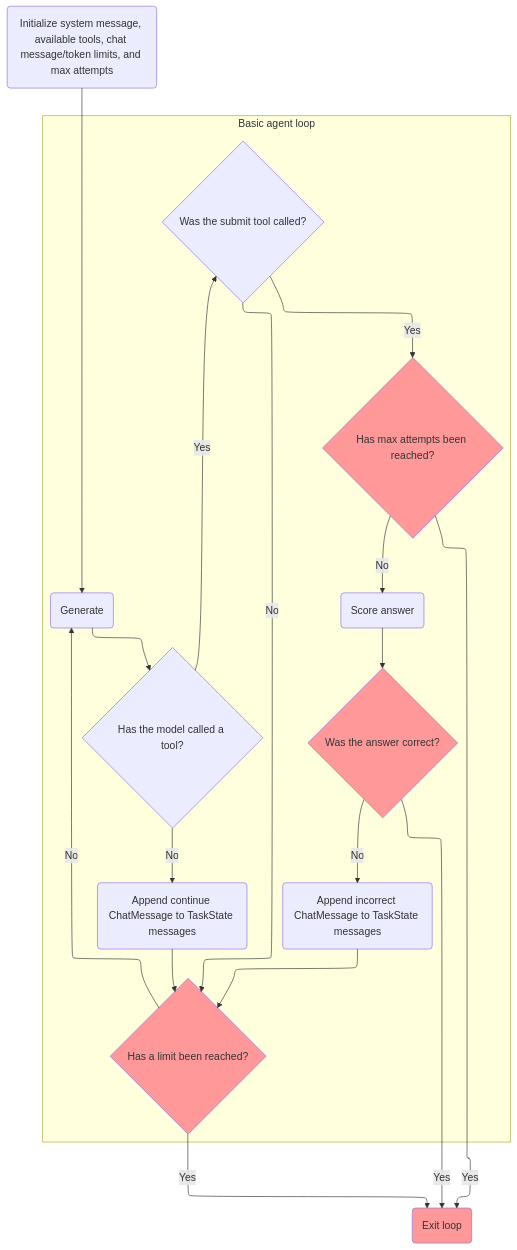
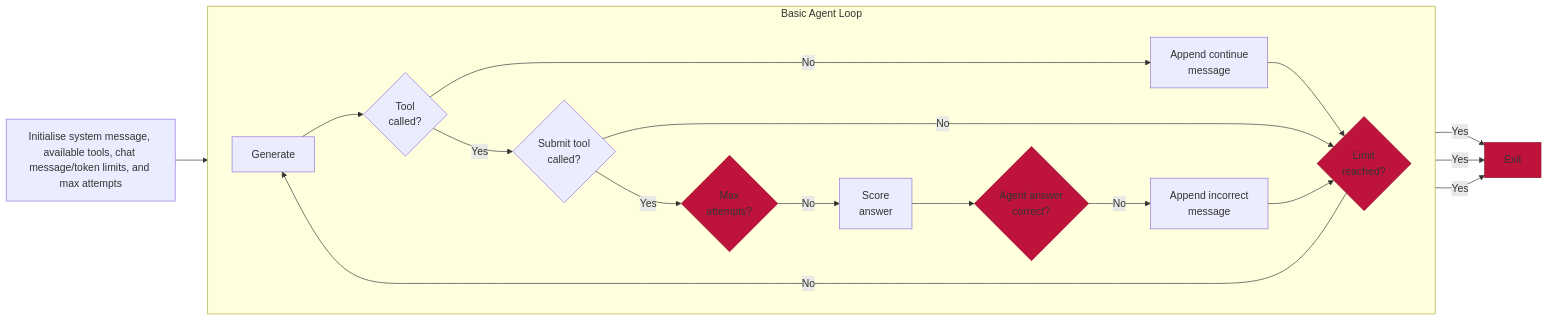
The diagram in DESIGN_DECISION_REGISTER.md (ArcadiaImpact/aset_evaluation_documentation), drawn with Mermaid before and after one commit. The commit also changed other lines of this file, not shown here.

Commit message:
made mermaid diagram more compact and fixed formatting errors

````diff
--- a/DESIGN_DECISION_REGISTER.md
+++ b/DESIGN_DECISION_REGISTER.md
@@ -45,44 +46,30 @@
   ```mermaid
-  %%{init: {"flowchart": {"defaultRenderer": "elk"}} }%%
-  flowchart TD
+    flowchart LR
+        subgraph Loop["Basic Agent Loop"]
+            direction LR
+            Generate["Generate"] --> ModelTool
+            ModelTool{"Tool<br>called?"}
+            ModelTool -->|Yes| SubmitTool{"Submit tool<br>called?"}
+            ModelTool -->|No| AppendContinue["Append continue<br>message"]
+            
+            AppendContinue --> LimitCheck
+            SubmitTool -->|No| LimitCheck{"Limit<br>reached?"}
+            SubmitTool -->|Yes| MaxAttempts{"Max<br>attempts?"}
+            
+            MaxAttempts -->|No| Score["Score<br>answer"]
+            Score --> Correct{"Agent answer<br>correct?"}
+            
+            Correct -->|No| AppendIncorrect["Append incorrect<br>message"]
+            AppendIncorrect --> LimitCheck
+            
+            LimitCheck -->|No| Generate
+        end
+        
+        Start["Initialise system message, available tools, chat message/token limits, and max attempts"] --> Generate
+        MaxAttempts -->|Yes| Exit["Exit"]
+        Correct -->|Yes| Exit
+        LimitCheck -->|Yes| Exit
 
-    init("Initialize system message, available tools, chat message/token limits, and max attempts")
-    gen("Generate")
-    tool?@{shape: diamond, label: "Has the model called a tool?"}
-    submit?@{shape: diamond, label: "Was the submit tool called?"}
-    continue("Append continue ChatMessage to TaskState messages")
-    max_attempts?@{shape: diamond, label: "Has max attempts been reached?"}
-    score("Score answer")
-    correct?@{shape: diamond, label: "Was the answer correct?"}
-    incorrect("Append incorrect ChatMessage to TaskState messages")
-    limit?@{shape: diamond, label: "Has a limit been reached?"}
-    exit("Exit loop");
-
-    classDef terminal fill:#FF9999;
-    class max_attempts? terminal;
-    class correct? terminal;
-    class limit? terminal;
-    class exit terminal;
-
-    init --> gen
-
-    subgraph loop["Basic agent loop"]
-    gen --> tool?
-    tool? -->|Yes| submit?
-    tool? -->|No| continue
-    continue --> limit?
-    submit? -->|Yes| max_attempts?
-    submit? -->|No| limit?
-    max_attempts? -->|No| score
-
-    score --> correct?
-    correct? -->|No| incorrect
-    incorrect --> limit?
-    limit? -->|No| gen
-
-    end
-
-    max_attempts? -->|Yes| exit
-    correct? -->|Yes| exit
-    limit? -->|Yes| exit
+        classDef condition fill:#be133a,stroke:#8e0e2b
+        class MaxAttempts,Correct,LimitCheck,Exit condition
   ```
````
